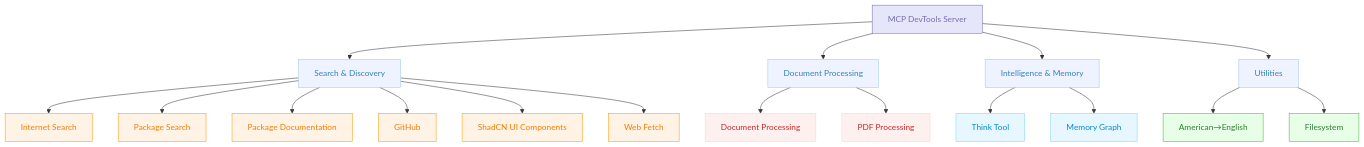
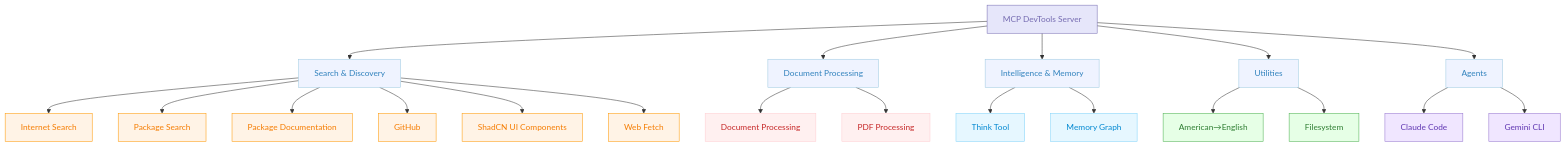
One commit to sammcj/mcp-devtools changed the diagram in README.md. Above: the diagram before and after it, drawn with Mermaid. The commit also changed other lines of this file and 12 other files, not shown here.

Commit message:
feat: new tool - agents (Claude, Gemini)

````diff
--- a/README.md
+++ b/README.md
@@ -5,38 +5,43 @@
 ```mermaid
 graph TD
     A[MCP DevTools Server] --> B[Search & Discovery]
     A --> C[Document Processing]
     A --> E[Intelligence & Memory]
     A --> F[Utilities]
+    A --> G[Agents]
 
     B --> B1[Internet Search]
     B --> B2[Package Search]
     B --> B3[Package Documentation]
     B --> B4[GitHub]
     B --> B5[ShadCN UI Components]
     B --> B6[Web Fetch]
 
     C --> C1[Document Processing]
     C --> C2[PDF Processing]
 
-
     E --> E1[Think Tool]
     E --> E2[Memory Graph]
 
     F --> F3[American→English]
     F --> F4[Filesystem]
+
+    G --> G1[Claude Code]
+    G --> G2[Gemini CLI]
 
     classDef server fill:#E6E6FA,stroke:#756BB1,color:#756BB1
     classDef category fill:#EFF3FF,stroke:#9ECAE1,color:#3182BD
     classDef utility fill:#E6FFE6,stroke:#4CAF50,color:#2E7D32
     classDef searchDiscovery fill:#FFF3E6,stroke:#FF9800,color:#F57C00
     classDef intelligence fill:#E6F7FF,stroke:#81D4FA,color:#0288D1
     classDef documentProcessing fill:#FFF0F0,stroke:#FFCDD2,color:#C62828
+    classDef agents fill:#F0E6FF,stroke:#9575CD,color:#5E35B1
 
     class A server
-    class B,C,D,E,F category
-    class D1,F1,F2,F3,F4 utility
+    class B,C,E,F,G category
+    class F3,F4 utility
     class B1,B2,B3,B4,B5,B6 searchDiscovery
     class C1,C2 documentProcessing
     class E1,E2 intelligence
+    class G1,G2 agents
 ```
````
